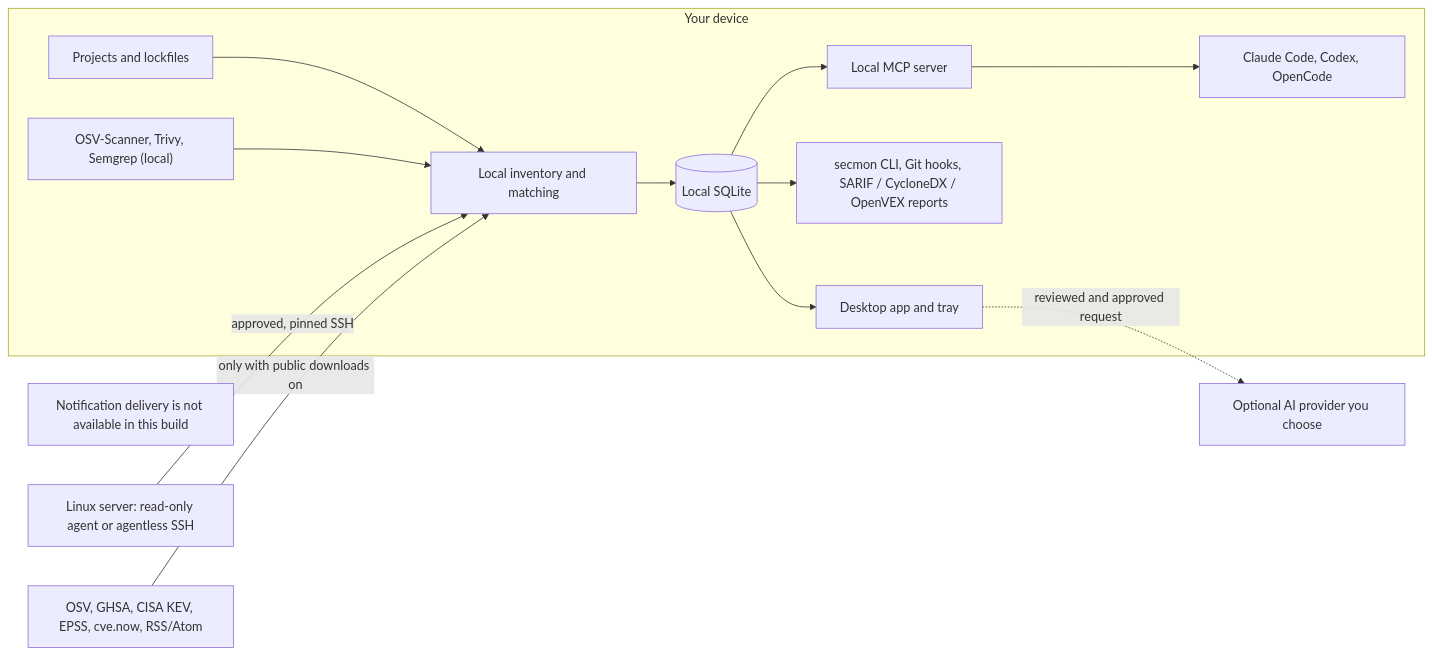
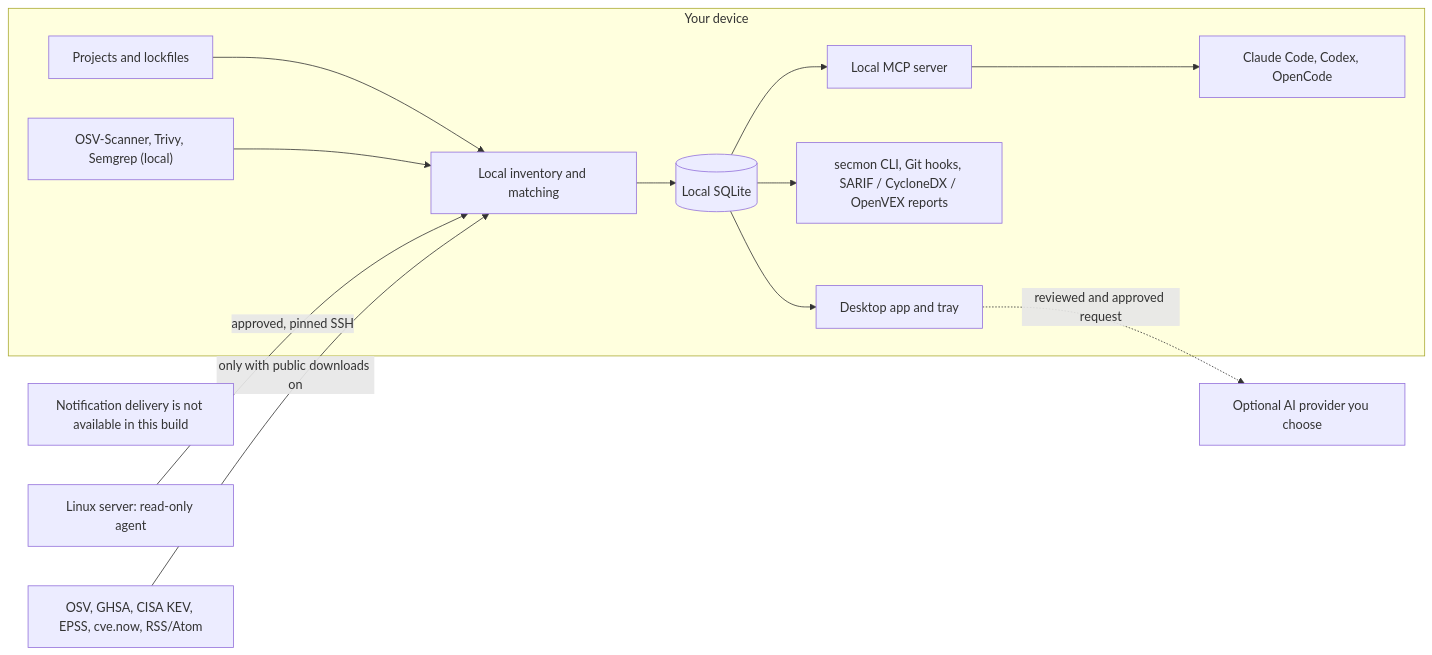
The diagram in README.md (umitaltinozzz/security-monitor), drawn with Mermaid before and after one commit. The commit also changed other lines of this file and 3 other files, not shown here.

Commit message:
docs(security): remove unavailable agentless SSH claim (O-1)

````diff
--- a/README.md
+++ b/README.md
@@ -55,16 +55,16 @@
 ```mermaid
 flowchart LR
   subgraph Device["Your device"]
     Repo["Projects and lockfiles"] --> Engine["Local inventory and matching"]
     Scanners["OSV-Scanner, Trivy, Semgrep (local)"] --> Engine
     Engine --> Store[("Local SQLite")]
     Store --> Desktop["Desktop app and tray"]
     Store --> CLI["secmon CLI, Git hooks, SARIF / CycloneDX / OpenVEX reports"]
     Store --> MCP["Local MCP server"]
     MCP --> Agents["Claude Code, Codex, OpenCode"]
   end
-  Server["Linux server: read-only agent or agentless SSH"] -- "approved, pinned SSH" --> Engine
+  Server["Linux server: read-only agent"] -- "approved, pinned SSH" --> Engine
   Feeds["OSV, GHSA, CISA KEV, EPSS, cve.now, RSS/Atom"] -- "only with public downloads on" --> Engine
   Desktop -. "reviewed and approved request" .-> AI["Optional AI provider you choose"]
   Notify["Notification delivery is not available in this build"]
 ```
````
